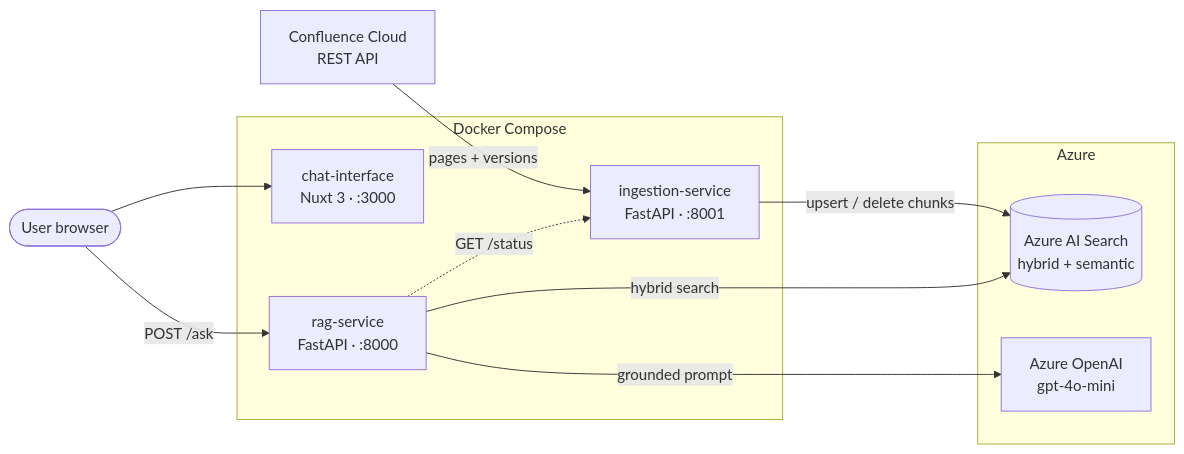
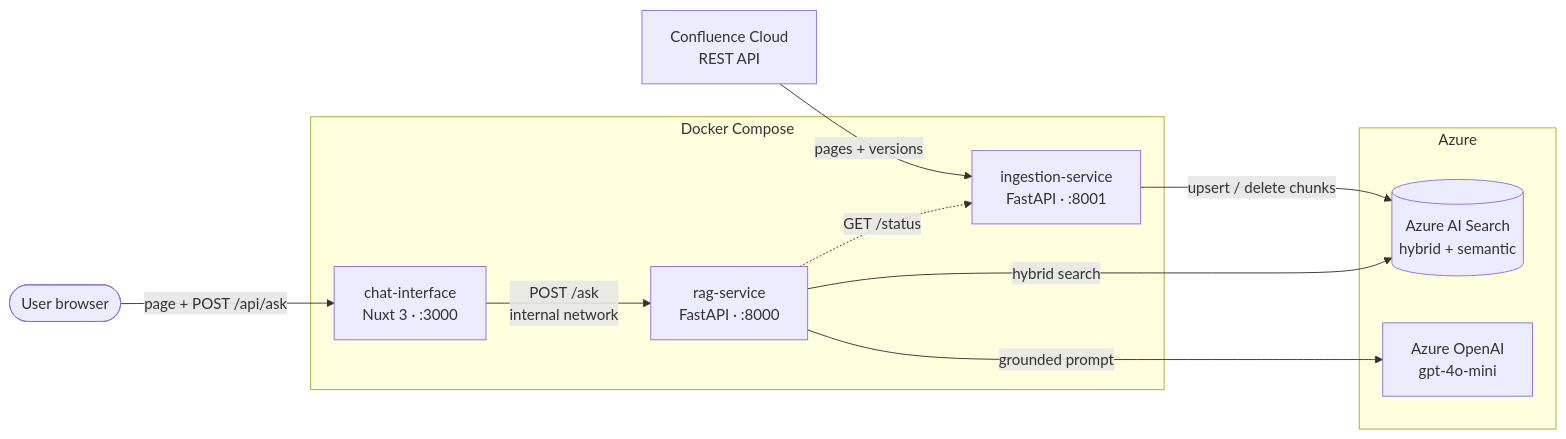
The diagram in README.md (wiam-fajraoui/rag-confluence-poc), drawn with Mermaid before and after one commit. The commit also changed other lines of this file, not shown here.

````diff
--- a/README.md
+++ b/README.md
@@ -21,25 +21,25 @@
 ```mermaid
 flowchart LR
     U([User browser])
 
     subgraph Docker Compose
         CHAT[chat-interface<br/>Nuxt 3 · :3000]
         RAG[rag-service<br/>FastAPI · :8000]
         ING[ingestion-service<br/>FastAPI · :8001]
     end
 
     subgraph Azure
         SEARCH[(Azure AI Search<br/>hybrid + semantic)]
         AOAI[Azure OpenAI<br/>gpt-4o-mini]
     end
 
     CONF[Confluence Cloud<br/>REST API]
 
-    U --> CHAT
-    U -- POST /ask --> RAG
+    U -- page + POST /api/ask --> CHAT
+    CHAT -- POST /ask<br/>internal network --> RAG
     CONF -- pages + versions --> ING
     ING -- upsert / delete chunks --> SEARCH
     RAG -- hybrid search --> SEARCH
     RAG -- grounded prompt --> AOAI
     RAG -. GET /status .-> ING
 ```
````
